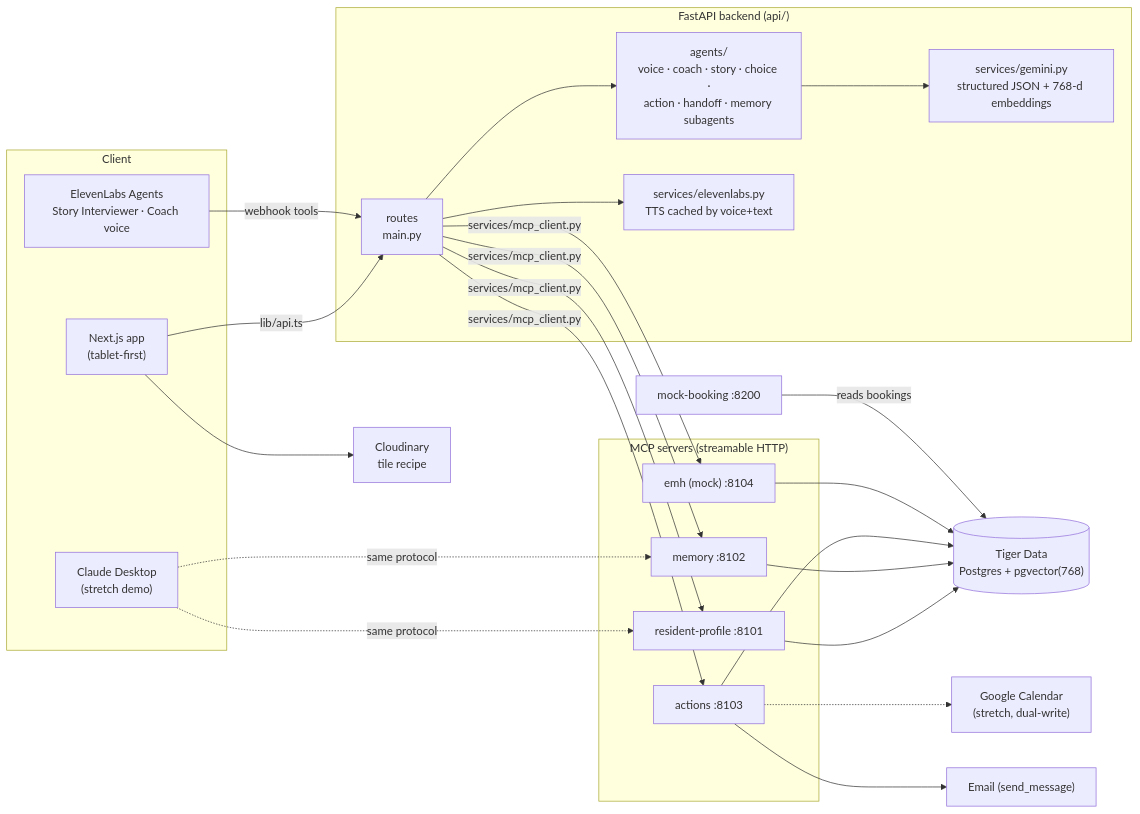
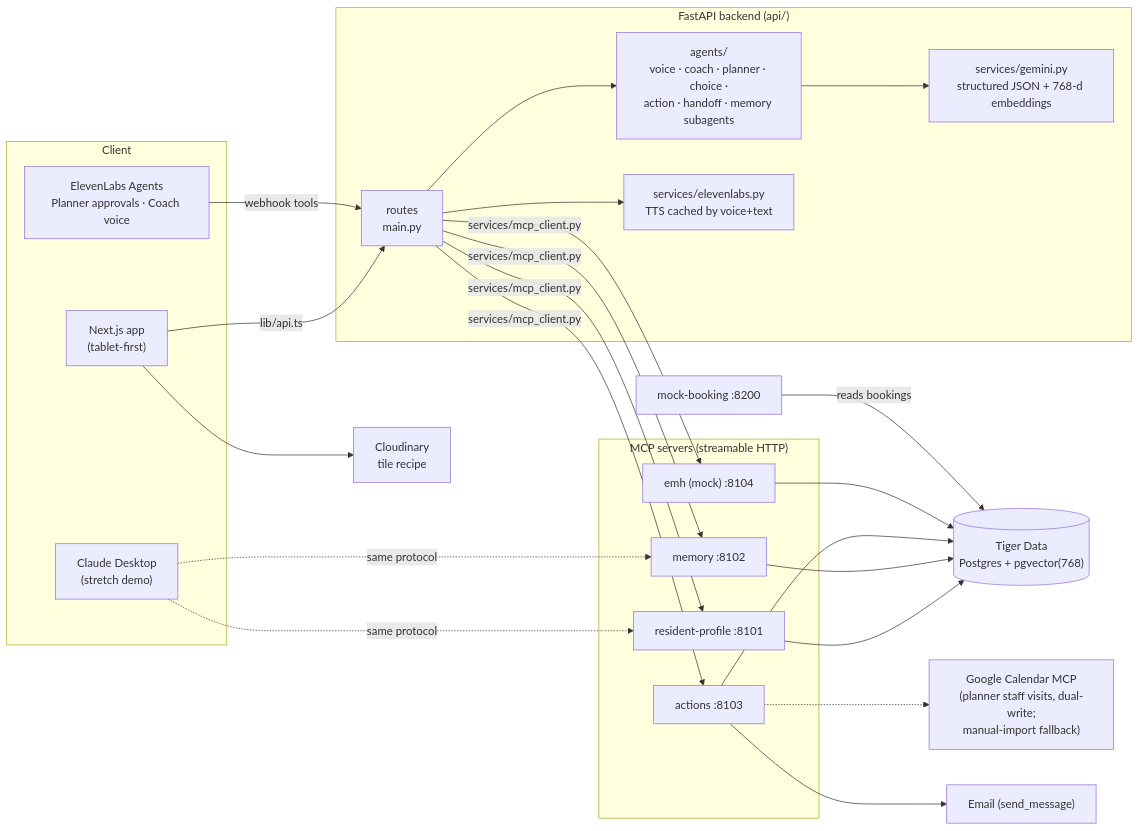
The diagram in docs/ARCHITECTURE.md (Chuckyecheesy/InMyWords), drawn with Mermaid before and after one commit. The commit also changed 5 other files, not shown here.

First line of the commit message:
Spec: replace My Story with My Planner (routine input + Google Calendar MCP)

````diff
--- a/docs/ARCHITECTURE.md
+++ b/docs/ARCHITECTURE.md
@@ -5,41 +5,41 @@
 ```mermaid
 flowchart LR
     subgraph Client
         WEB["Next.js app<br/>(tablet-first)"]
-        EL["ElevenLabs Agents<br/>Story Interviewer · Coach voice"]
+        EL["ElevenLabs Agents<br/>Planner approvals · Coach voice"]
         CD["Claude Desktop<br/>(stretch demo)"]
     end
 
     subgraph Backend["FastAPI backend (api/)"]
         API["routes<br/>main.py"]
-        AGENTS["agents/<br/>voice · coach · story · choice ·<br/>action · handoff · memory subagents"]
+        AGENTS["agents/<br/>voice · coach · planner · choice ·<br/>action · handoff · memory subagents"]
         GEM["services/gemini.py<br/>structured JSON + 768-d embeddings"]
         TTS["services/elevenlabs.py<br/>TTS cached by voice+text"]
     end
 
     subgraph MCP["MCP servers (streamable HTTP)"]
         P["resident-profile :8101"]
         M["memory :8102"]
         A["actions :8103"]
         E["emh (mock) :8104"]
     end
 
     DB[("Tiger Data<br/>Postgres + pgvector(768)")]
     BOOK["mock-booking :8200"]
     CLOUD["Cloudinary<br/>tile recipe"]
-    GCAL["Google Calendar<br/>(stretch, dual-write)"]
+    GCAL["Google Calendar MCP<br/>(planner staff visits, dual-write;<br/>manual-import fallback)"]
     EMAIL["Email (send_message)"]
 
     WEB -->|lib/api.ts| API
     EL -->|webhook tools| API
     CD -.->|same protocol| P & M
     API --> AGENTS
     AGENTS --> GEM
     API --> TTS
     API -->|services/mcp_client.py| P & M & A & E
     P & M & A & E --> DB
     A --> EMAIL
     A -.-> GCAL
     BOOK -->|reads bookings| DB
     WEB --> CLOUD
 ```
````
